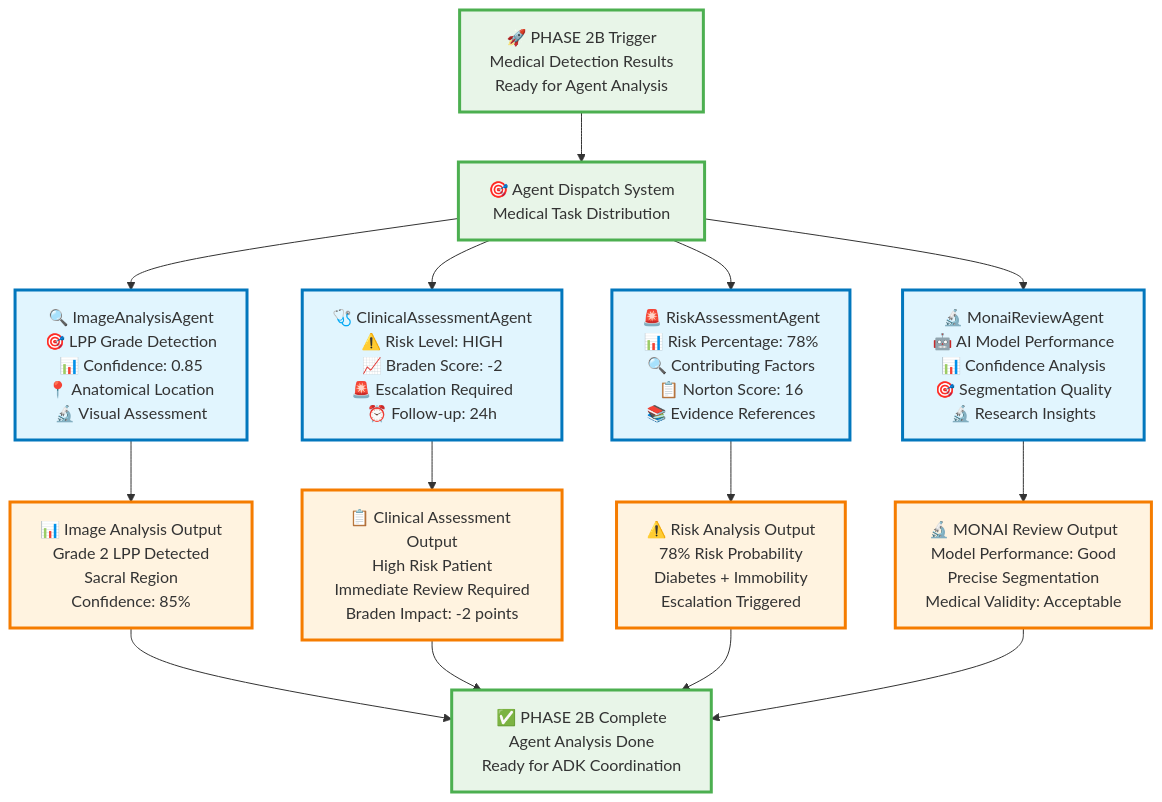
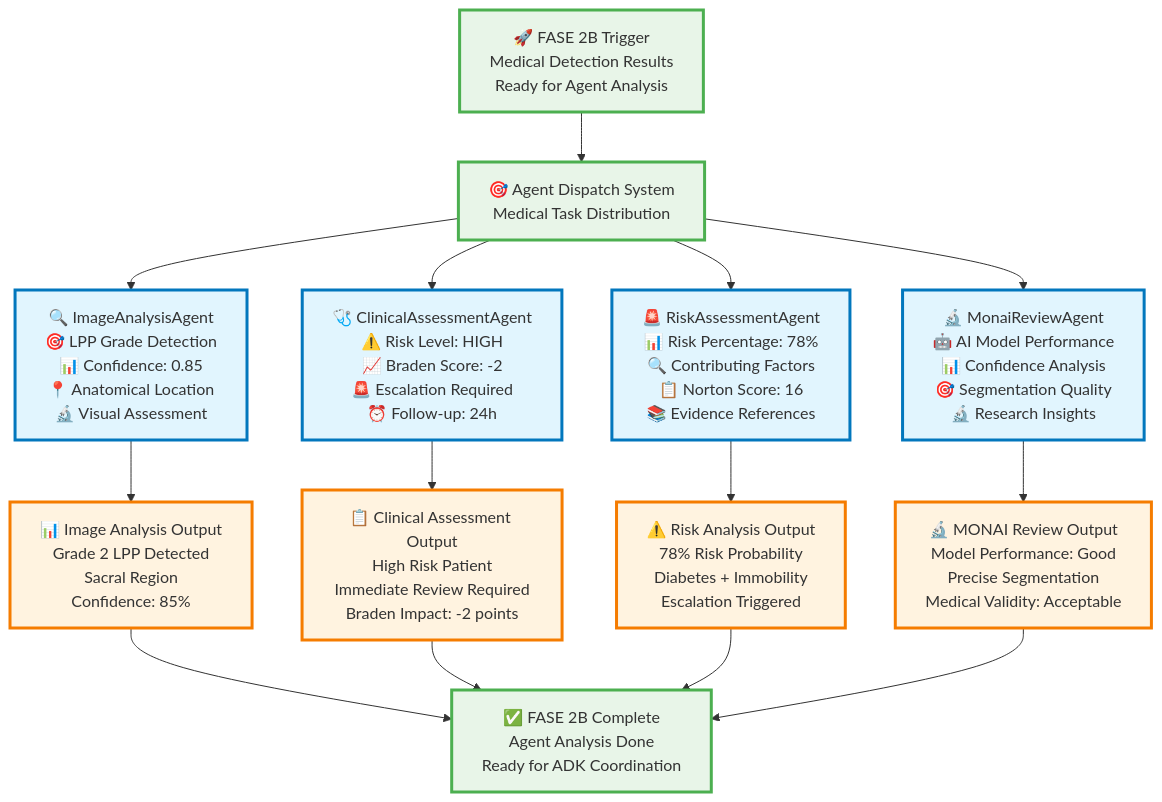
The third of 5 diagrams in docs/ARCHITECTURE.md (AutonomosCdM/vigia-medical-ai), drawn with Mermaid before and after one commit. The commit also changed other lines of this file and 1 other file, not shown here.

First line of the commit message:
docs: Upgrade architecture documentation with comprehensive Spanish phases

````diff
--- a/docs/ARCHITECTURE.md
+++ b/docs/ARCHITECTURE.md
@@ -174,40 +174,40 @@
 ```mermaid
 graph TD
-    %% PHASE 2B TRIGGER
-    A[🚀 PHASE 2B Trigger<br/>Medical Detection Results<br/>Ready for Agent Analysis] --> B[🎯 Agent Dispatch System<br/>Medical Task Distribution]
+    %% FASE 2B TRIGGER
+    A[🚀 FASE 2B Trigger<br/>Medical Detection Results<br/>Ready for Agent Analysis] --> B[🎯 Agent Dispatch System<br/>Medical Task Distribution]
     
     %% PRIMARY MEDICAL AGENTS (Top Row)
     B --> C[🔍 ImageAnalysisAgent<br/>🎯 LPP Grade Detection<br/>📊 Confidence: 0.85<br/>📍 Anatomical Location<br/>🔬 Visual Assessment]
     
     B --> D[🩺 ClinicalAssessmentAgent<br/>⚠️ Risk Level: HIGH<br/>📈 Braden Score: -2<br/>🚨 Escalation Required<br/>⏰ Follow-up: 24h]
     
     B --> E[🚨 RiskAssessmentAgent<br/>📊 Risk Percentage: 78%<br/>🔍 Contributing Factors<br/>📋 Norton Score: 16<br/>📚 Evidence References]
     
     B --> F[🔬 MonaiReviewAgent<br/>🤖 AI Model Performance<br/>📊 Confidence Analysis<br/>🎯 Segmentation Quality<br/>🔬 Research Insights]
     
     %% AGENT OUTPUTS
     C --> G[📊 Image Analysis Output<br/>Grade 2 LPP Detected<br/>Sacral Region<br/>Confidence: 85%]
     
     D --> H[📋 Clinical Assessment Output<br/>High Risk Patient<br/>Immediate Review Required<br/>Braden Impact: -2 points]
     
     E --> I[⚠️ Risk Analysis Output<br/>78% Risk Probability<br/>Diabetes + Immobility<br/>Escalation Triggered]
     
     F --> J[🔬 MONAI Review Output<br/>Model Performance: Good<br/>Precise Segmentation<br/>Medical Validity: Acceptable]
     
     %% COMPLETION
-    G --> K[✅ PHASE 2B Complete<br/>Agent Analysis Done<br/>Ready for ADK Coordination]
+    G --> K[✅ FASE 2B Complete<br/>Agent Analysis Done<br/>Ready for ADK Coordination]
     H --> K
     I --> K
     J --> K
     
     %% STYLING
     classDef triggerNode fill:#e8f5e8,stroke:#4caf50,stroke-width:3px
     classDef agentNode fill:#e1f5fe,stroke:#0277bd,stroke-width:3px
     classDef outputNode fill:#fff3e0,stroke:#f57c00,stroke-width:3px
     classDef completionNode fill:#e8f5e8,stroke:#4caf50,stroke-width:3px
     
     class A,K triggerNode
     class B triggerNode
     class C,D,E,F agentNode
     class G,H,I,J outputNode
 ```
````
